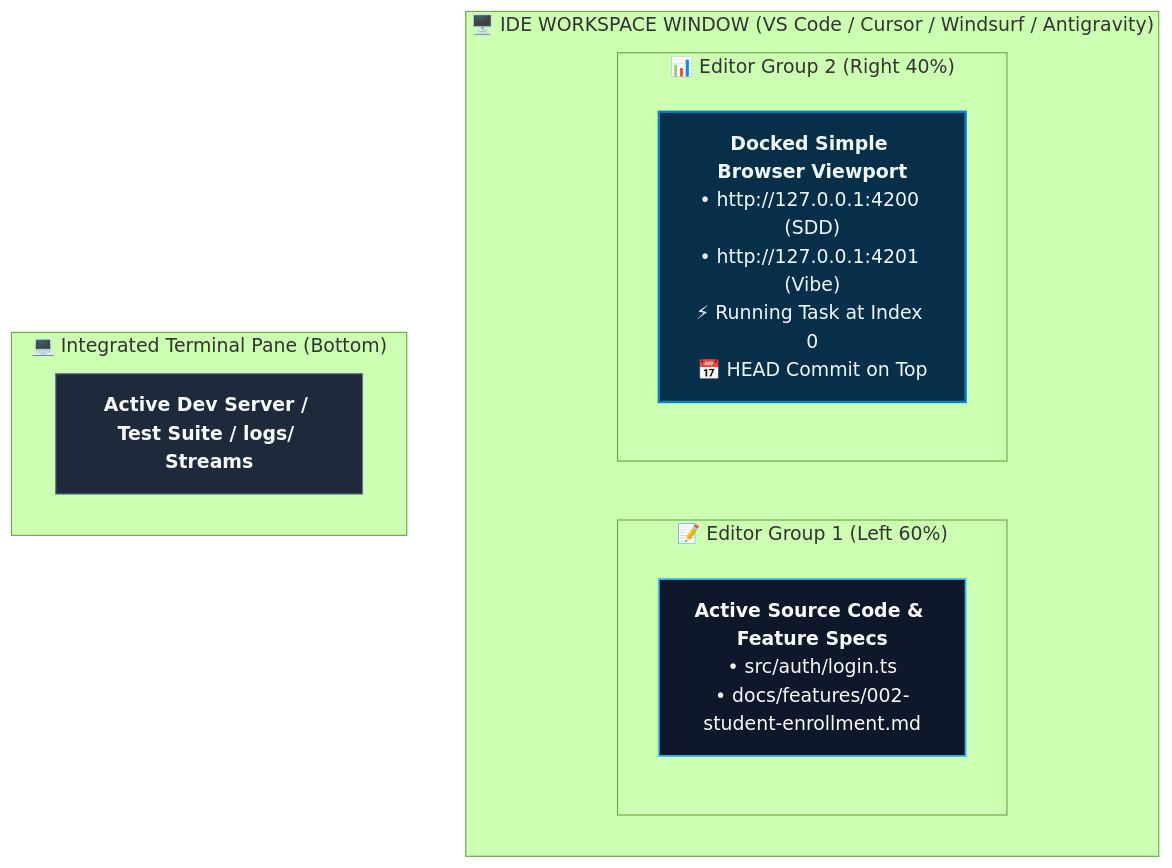
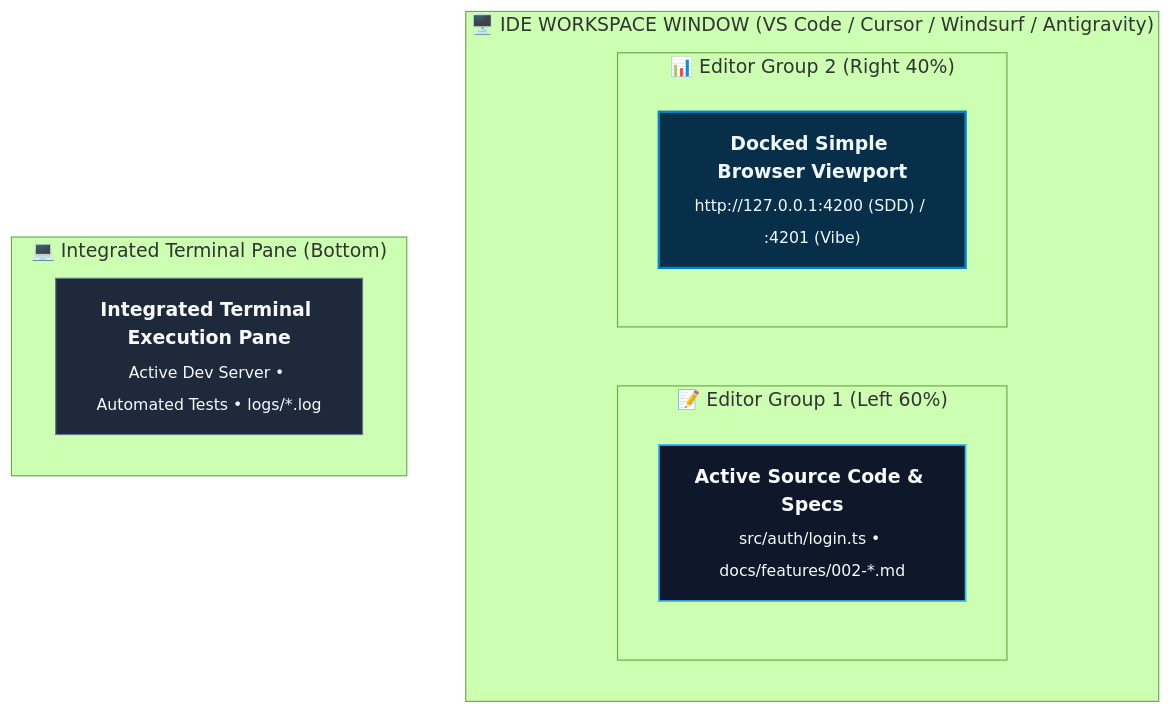
One commit to rmsofficialsyt/Agentic-AI-Vibe-Coding-AND-SDD-TDD-Codebase-Chandan-Adhikary changed the third of 5 diagrams in PROJECT-MANAGER-DASHBOARD-GUIDE.md. Above: the diagram before and after it, drawn with Mermaid (forest theme). The commit also changed other lines of this file and 14 other files, not shown here.

Commit message:
docs: standardize diagram card sizes, layouts, and UI sizing scale across frameworks

````diff
--- a/PROJECT-MANAGER-DASHBOARD-GUIDE.md
+++ b/PROJECT-MANAGER-DASHBOARD-GUIDE.md
@@ -168,19 +168,19 @@
 ```mermaid
 flowchart TD
     classDef editor fill:#0f172a,stroke:#38bdf8,stroke-width:1.5px,color:#f8fafc;
     classDef dash fill:#082f49,stroke:#0284c7,stroke-width:2px,color:#f0f9ff;
     classDef term fill:#1e293b,stroke:#64748b,stroke-width:1px,color:#f8fafc;
 
     subgraph IDEWindow ["🖥️ IDE WORKSPACE WINDOW (VS Code / Cursor / Windsurf / Antigravity)"]
         direction LR
         subgraph Col1 ["📝 Editor Group 1 (Left 60%)"]
-            SourceCode["<b>Active Source Code & Feature Specs</b><br/>• src/auth/login.ts<br/>• docs/features/002-student-enrollment.md"]:::editor
+            SourceCode["<b>Active Source Code & Specs</b><br/><sub>src/auth/login.ts • docs/features/002-*.md</sub>"]:::editor
         end
         subgraph Col2 ["📊 Editor Group 2 (Right 40%)"]
-            SimpleBrowser["<b>Docked Simple Browser Viewport</b><br/>• http://127.0.0.1:4200 (SDD)<br/>• http://127.0.0.1:4201 (Vibe)<br/>⚡ Running Task at Index 0<br/>📅 HEAD Commit on Top"]:::dash
+            SimpleBrowser["<b>Docked Simple Browser Viewport</b><br/><sub>http://127.0.0.1:4200 (SDD) / :4201 (Vibe)</sub>"]:::dash
         end
     end
     subgraph TerminalPane ["💻 Integrated Terminal Pane (Bottom)"]
-        DevServer["<b>Active Dev Server / Test Suite / logs/ Streams</b>"]:::term
+        DevServer["<b>Integrated Terminal Execution Pane</b><br/><sub>Active Dev Server • Automated Tests • logs/*.log</sub>"]:::term
     end
 ```
````
